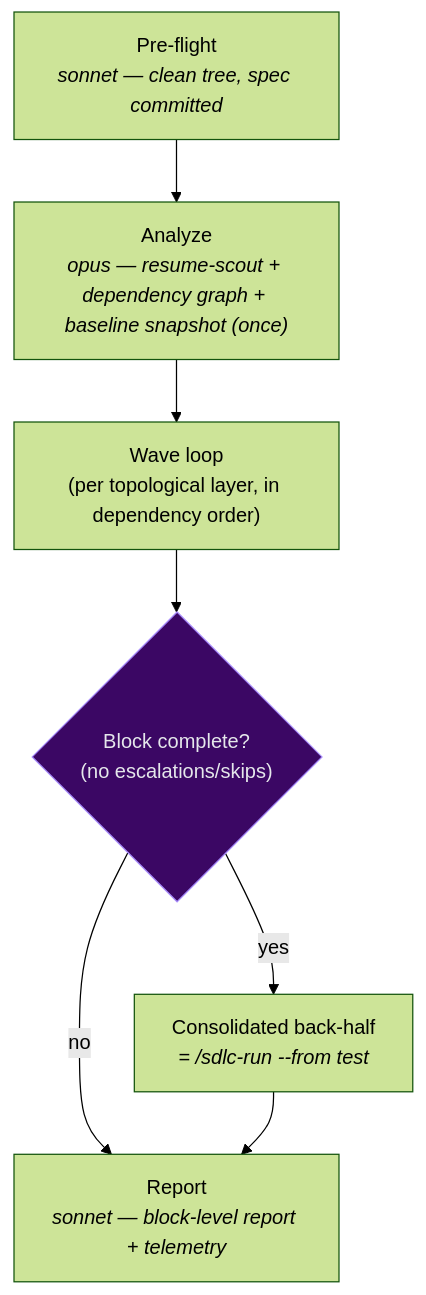
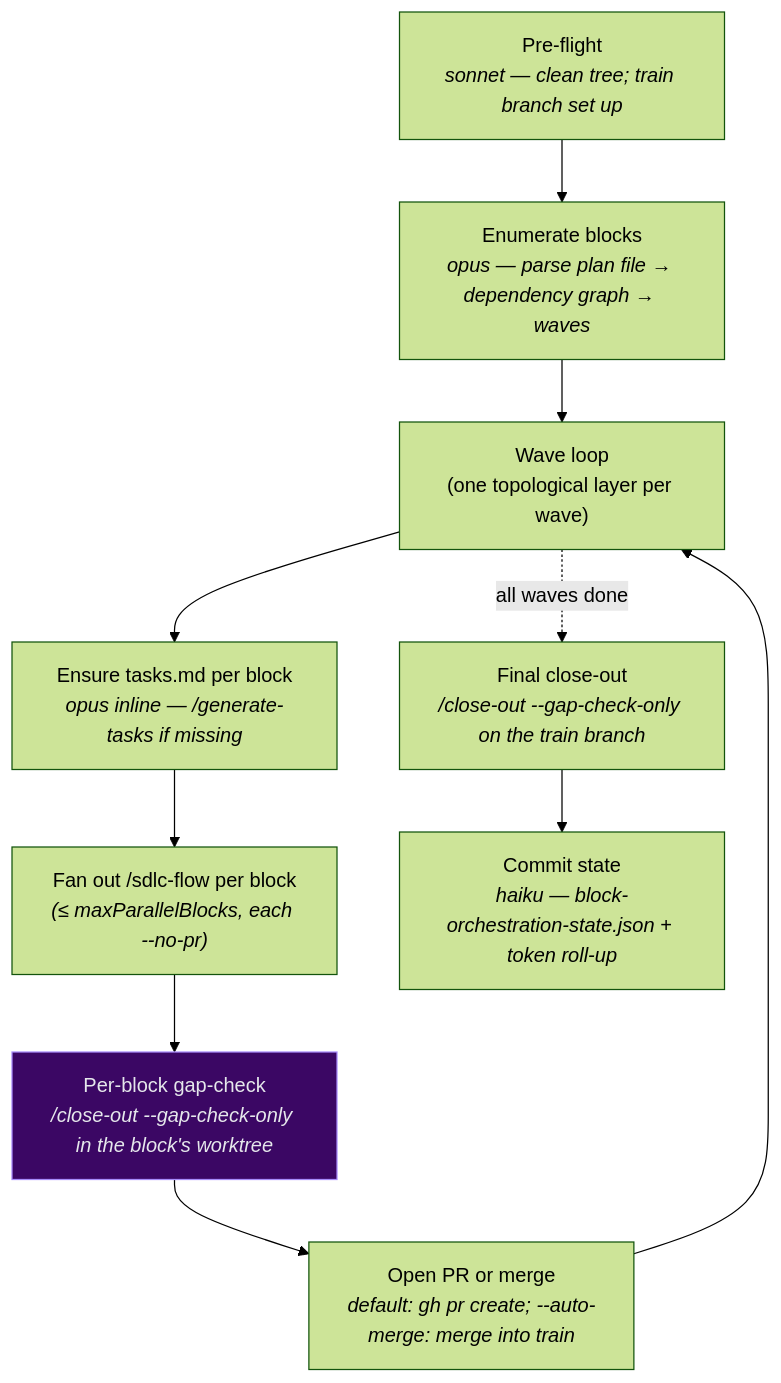
One commit to bredmond1019/agentic-base-template changed the diagram in docs/workflows/sdlc-block.md. Above: the diagram before and after it, drawn with Mermaid (forest theme). The commit also changed other lines of this file and 9 other files, not shown here.

Commit message:
docs(Phase 3 B): workflow + command docs rewrite — redesign master-plan complete

````diff
--- a/docs/workflows/sdlc-block.md
+++ b/docs/workflows/sdlc-block.md
@@ -53,12 +74,15 @@
 ```mermaid
 flowchart TD
-    PF["Pre-flight<br/><i>sonnet — clean tree, spec committed</i>"] --> AN["Analyze<br/><i>opus — resume-scout + dependency graph + baseline snapshot (once)</i>"]
-    AN --> W["Wave loop<br/>(per topological layer, in dependency order)"]
-    W --> BH{"Block complete?<br/>(no escalations/skips)"}
-    BH -- "yes" --> CB["Consolidated back-half<br/><i>= /sdlc-run --from test</i>"]
-    BH -- "no" --> RPT
-    CB --> RPT["Report<br/><i>sonnet — block-level report + telemetry</i>"]
+    PF["Pre-flight<br/><i>sonnet — clean tree; train branch set up</i>"] --> EN["Enumerate blocks<br/><i>opus — parse plan file → dependency graph → waves</i>"]
+    EN --> W["Wave loop<br/>(one topological layer per wave)"]
+    W --> EnsureTasks["Ensure tasks.md per block<br/><i>opus inline — /generate-tasks if missing</i>"]
+    EnsureTasks --> FanOut["Fan out /sdlc-flow per block<br/><i>(≤ maxParallelBlocks, each --no-pr)</i>"]
+    FanOut --> GapCheck["Per-block gap-check<br/><i>/close-out --gap-check-only in the block's worktree</i>"]
+    GapCheck --> PR["Open PR or merge<br/><i>default: gh pr create; --auto-merge: merge into train</i>"]
+    PR --> W
+    W -. "all waves done" .-> Final["Final close-out<br/><i>/close-out --gap-check-only on the train branch</i>"]
+    Final --> State["Commit state<br/><i>haiku — block-orchestration-state.json + token roll-up</i>"]
 
     classDef gate fill:#3b0764,stroke:#a78bfa,color:#e5e7eb;
-    class BH gate;
+    class GapCheck gate;
 ```
````
